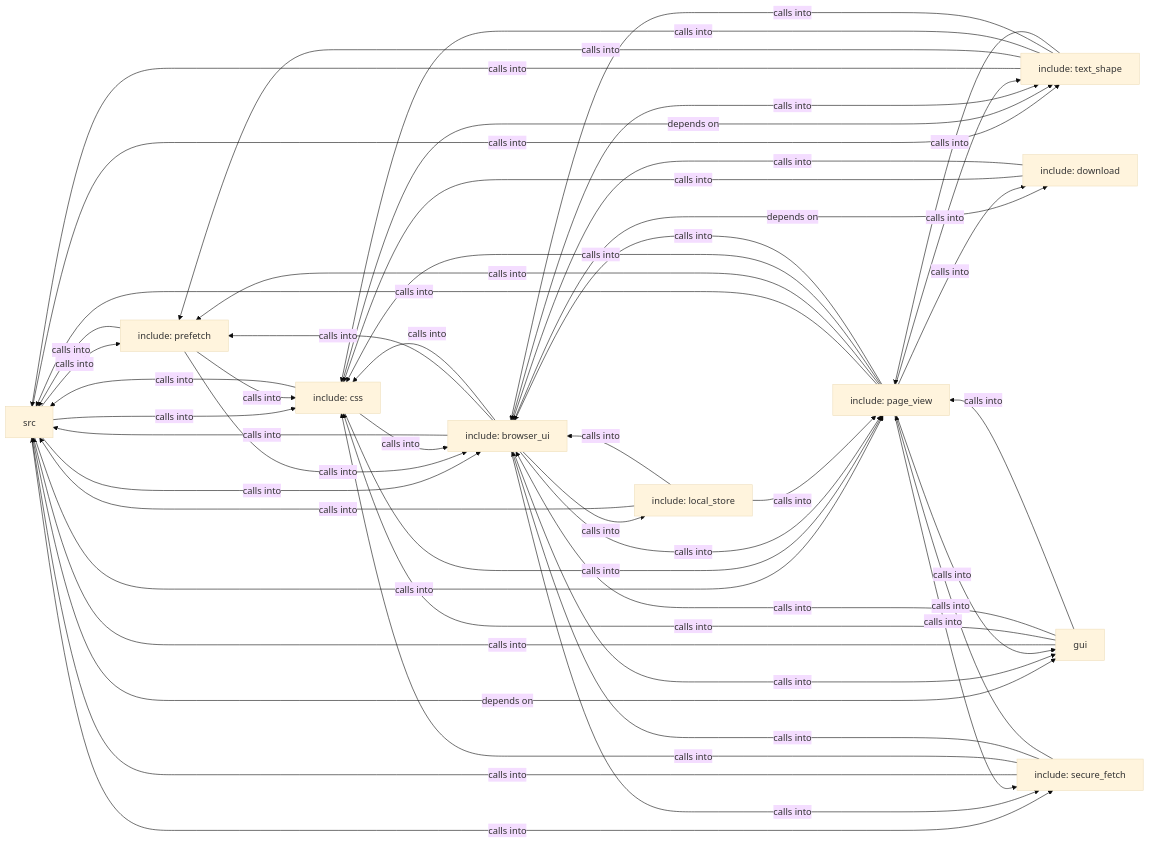
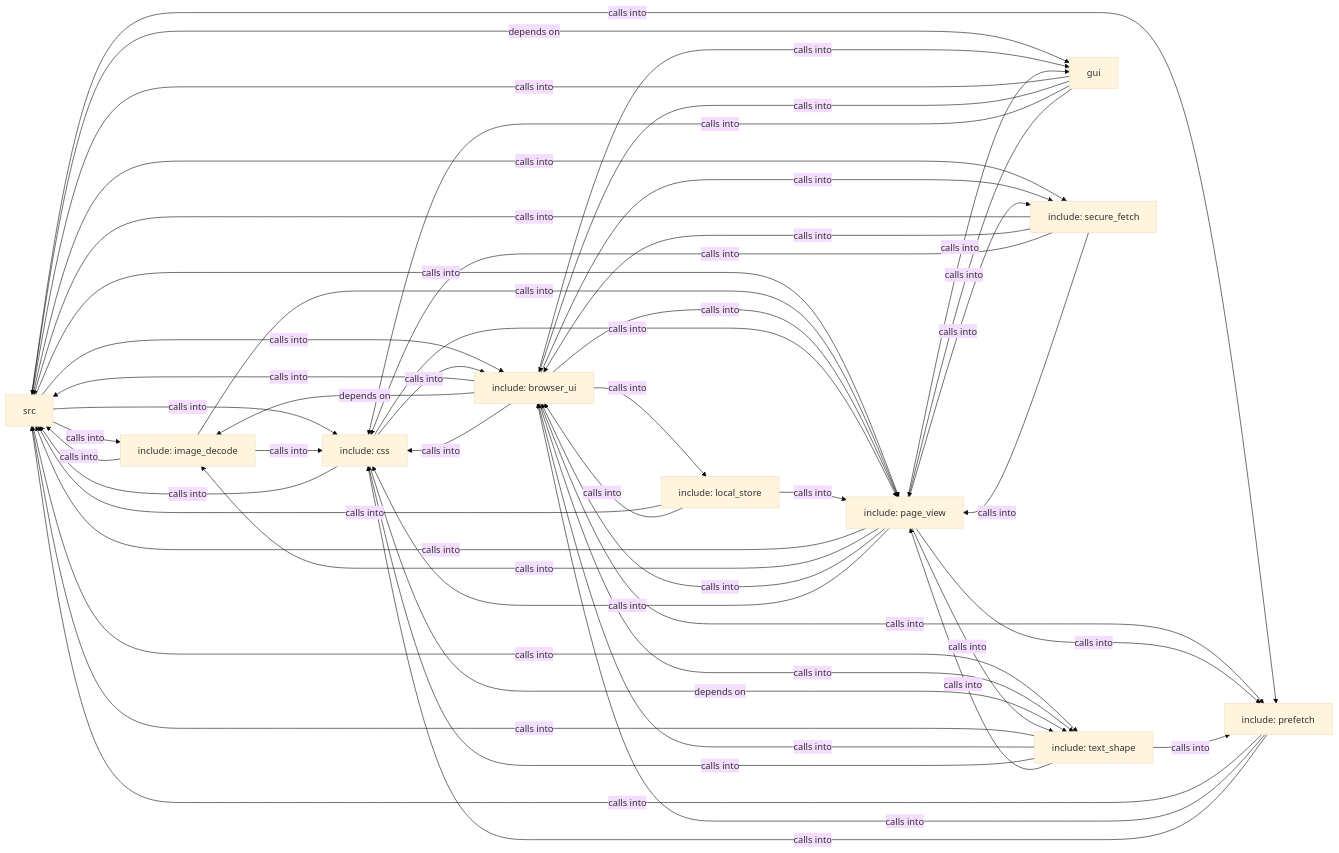
Before and after one commit to grisuno/FreeDom: the diagram in readmenator-diagrams/overview.md, drawn with Mermaid (base theme). The commit also changed other lines of this file and 1370 other files, not shown here.

````diff
--- a/readmenator-diagrams/overview.md
+++ b/readmenator-diagrams/overview.md
@@ -1,72 +1,73 @@
 ```mermaid
 graph LR
     src["src"]
+    include_browser_ui["include: browser_ui"]
     include_css["include: css"]
-    include_browser_ui["include: browser_ui"]
     include_page_view["include: page_view"]
     include_text_shape["include: text_shape"]
     include_local_store["include: local_store"]
     gui["gui"]
     include_secure_fetch["include: secure_fetch"]
-    include_download["include: download"]
     include_prefetch["include: prefetch"]
-    src -- "calls into" --> include_prefetch
+    include_image_decode["include: image_decode"]
+    src -- "calls into" --> include_image_decode
+    src -- "calls into" --> include_browser_ui
     src -- "calls into" --> include_css
-    src -- "calls into" --> include_browser_ui
     src -- "calls into" --> include_page_view
     src -- "calls into" --> include_text_shape
     src -- "depends on" --> gui
     src -- "calls into" --> include_secure_fetch
-    include_prefetch -- "calls into" --> src
-    include_prefetch -- "calls into" --> include_css
-    include_prefetch -- "calls into" --> include_browser_ui
-    include_css -- "calls into" --> src
-    include_css -- "calls into" --> include_browser_ui
-    include_css -- "calls into" --> include_page_view
-    include_css -- "depends on" --> include_text_shape
+    src -- "calls into" --> include_prefetch
+    include_image_decode -- "calls into" --> src
+    include_image_decode -- "calls into" --> include_css
+    include_image_decode -- "calls into" --> include_page_view
     include_browser_ui -- "calls into" --> src
-    include_browser_ui -- "calls into" --> include_prefetch
+    include_browser_ui -- "depends on" --> include_image_decode
     include_browser_ui -- "calls into" --> include_css
     include_browser_ui -- "calls into" --> include_page_view
     include_browser_ui -- "calls into" --> include_text_shape
     include_browser_ui -- "calls into" --> include_local_store
     include_browser_ui -- "calls into" --> gui
     include_browser_ui -- "calls into" --> include_secure_fetch
-    include_browser_ui -- "depends on" --> include_download
+    include_browser_ui -- "calls into" --> include_prefetch
+    include_css -- "calls into" --> src
+    include_css -- "calls into" --> include_browser_ui
+    include_css -- "calls into" --> include_page_view
+    include_css -- "depends on" --> include_text_shape
     include_page_view -- "calls into" --> src
-    include_page_view -- "calls into" --> include_prefetch
+    include_page_view -- "calls into" --> include_image_decode
+    include_page_view -- "calls into" --> include_browser_ui
     include_page_view -- "calls into" --> include_css
-    include_page_view -- "calls into" --> include_browser_ui
     include_page_view -- "calls into" --> include_text_shape
     include_page_view -- "calls into" --> gui
     include_page_view -- "calls into" --> include_secure_fetch
-    include_page_view -- "calls into" --> include_download
+    include_page_view -- "calls into" --> include_prefetch
     include_text_shape -- "calls into" --> src
+    include_text_shape -- "calls into" --> include_browser_ui
+    include_text_shape -- "calls into" --> include_css
+    include_text_shape -- "calls into" --> include_page_view
     include_text_shape -- "calls into" --> include_prefetch
-    include_text_shape -- "calls into" --> include_css
-    include_text_shape -- "calls into" --> include_browser_ui
-    include_text_shape -- "calls into" --> include_page_view
     include_local_store -- "calls into" --> src
     include_local_store -- "calls into" --> include_browser_ui
     include_local_store -- "calls into" --> include_page_view
     gui -- "calls into" --> src
+    gui -- "calls into" --> include_browser_ui
     gui -- "calls into" --> include_css
-    gui -- "calls into" --> include_browser_ui
     gui -- "calls into" --> include_page_view
     include_secure_fetch -- "calls into" --> src
+    include_secure_fetch -- "calls into" --> include_browser_ui
     include_secure_fetch -- "calls into" --> include_css
-    include_secure_fetch -- "calls into" --> include_browser_ui
     include_secure_fetch -- "calls into" --> include_page_view
-    include_download -- "calls into" --> include_css
-    include_download -- "calls into" --> include_browser_ui
+    include_prefetch -- "calls into" --> src
+    include_prefetch -- "calls into" --> include_browser_ui
+    include_prefetch -- "calls into" --> include_css
     click src href "./src.md" "Details"
+    click include_browser_ui href "./include_browser_ui.md" "Details"
     click include_css href "./include_css.md" "Details"
-    click include_browser_ui href "./include_browser_ui.md" "Details"
     click include_page_view href "./include_page_view.md" "Details"
     click include_text_shape href "./include_text_shape.md" "Details"
     click include_local_store href "./include_local_store.md" "Details"
     click gui href "./gui.md" "Details"
     click include_secure_fetch href "./include_secure_fetch.md" "Details"
-    click include_download href "./include_download.md" "Details"
     click include_prefetch href "./include_prefetch.md" "Details"
 ```
````
